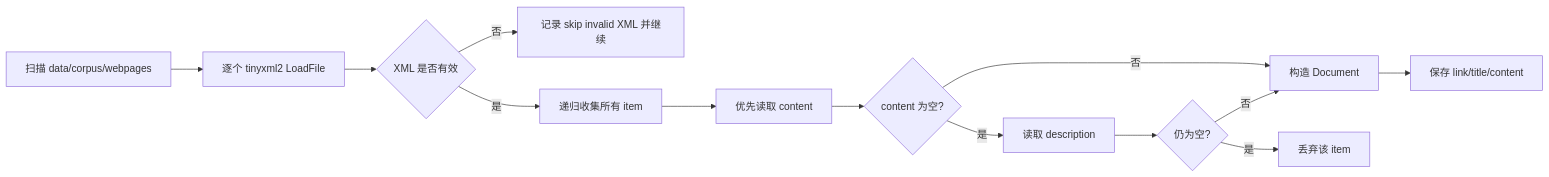
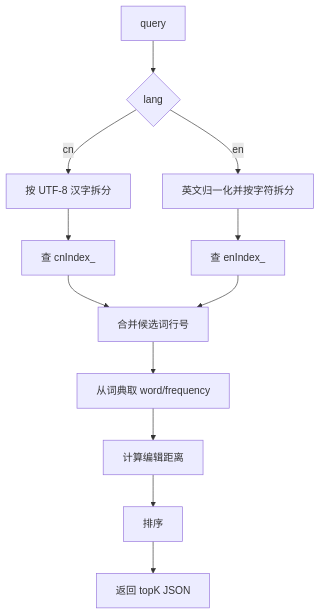
The seventh of 10 diagrams in 课件/07_搜索引擎项目/02_SearchEngine_V2/README.md (dijk4tra/Cpp_Advanced), drawn with Mermaid before and after one commit. The commit also changed other lines of this file and 16 other files, not shown here.

````diff
--- a/课件/07_搜索引擎项目/02_SearchEngine_V2/README.md
+++ b/课件/07_搜索引擎项目/02_SearchEngine_V2/README.md
@@ -461,15 +575,14 @@
 ```mermaid
-flowchart LR
-    A[扫描 data/corpus/webpages] --> B[逐个 tinyxml2 LoadFile]
-    B --> C{XML 是否有效}
-    C -- 否 --> D[记录 skip invalid XML 并继续]
-    C -- 是 --> E[递归收集所有 item]
-    E --> F[优先读取 content]
-    F --> G{content 为空?}
-    G -- 是 --> H[读取 description]
-    G -- 否 --> I[构造 Document]
-    H --> J{仍为空?}
-    J -- 是 --> K[丢弃该 item]
-    J -- 否 --> I
-    I --> L[保存 link/title/content]
+flowchart TD
+    A[query] --> B{lang}
+    B -->|cn| C[按 UTF-8 汉字拆分]
+    B -->|en| D[英文归一化并按字符拆分]
+    C --> E[查 cnIndex_]
+    D --> F[查 enIndex_]
+    E --> G[合并候选词行号]
+    F --> G
+    G --> H[从词典取 word/frequency]
+    H --> I[计算编辑距离]
+    I --> J[排序]
+    J --> K[返回 topK JSON]
 ```
````
